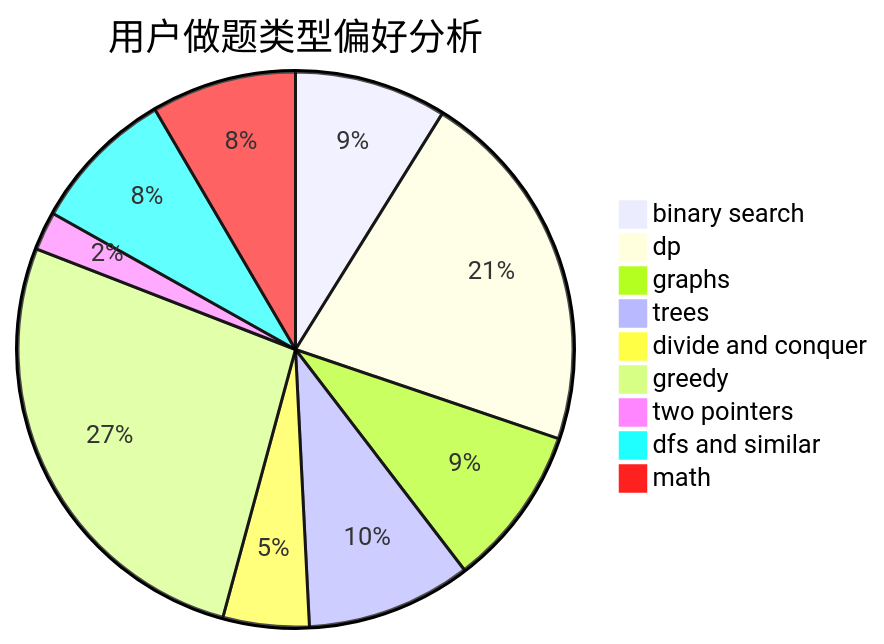
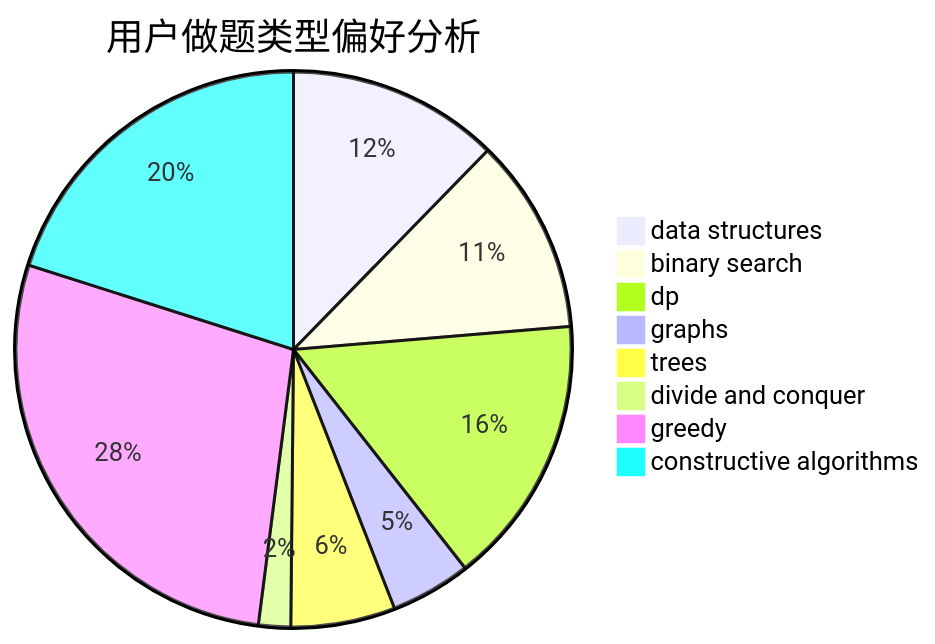
One commit to sherpahu/cfrs.github.io changed the second of 3 diagrams in docs/user/u999.md. Above: the diagram before and after it, drawn with Mermaid. The commit also changed other lines of this file and 2775 other files, not shown here.

````diff
--- a/docs/user/u999.md
+++ b/docs/user/u999.md
@@ -23,12 +23,11 @@
 ```mermaid
 pie title 用户做题类型偏好分析
-    "binary search" :  83
-    "dp" :  200
-    "graphs" :  88
-    "trees" :  90
-    "divide and conquer" :  47
-    "greedy" :  250
-    "two pointers" :  21
-    "dfs and similar" :  79
-    "math" :  79
+    "data structures" :  79
+    "binary search" :  73
+    "dp" :  101
+    "graphs" :  30
+    "trees" :  39
+    "divide and conquer" :  12
+    "greedy" :  179
+    "constructive algorithms" :  129
 ```
````
